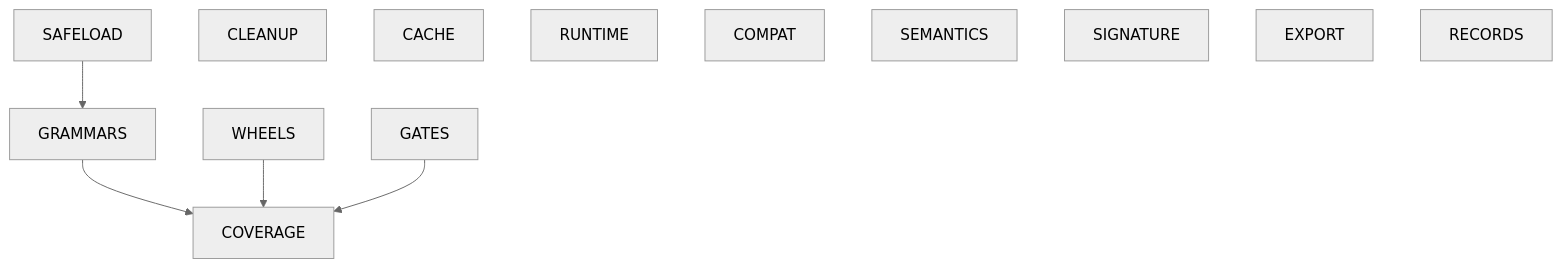
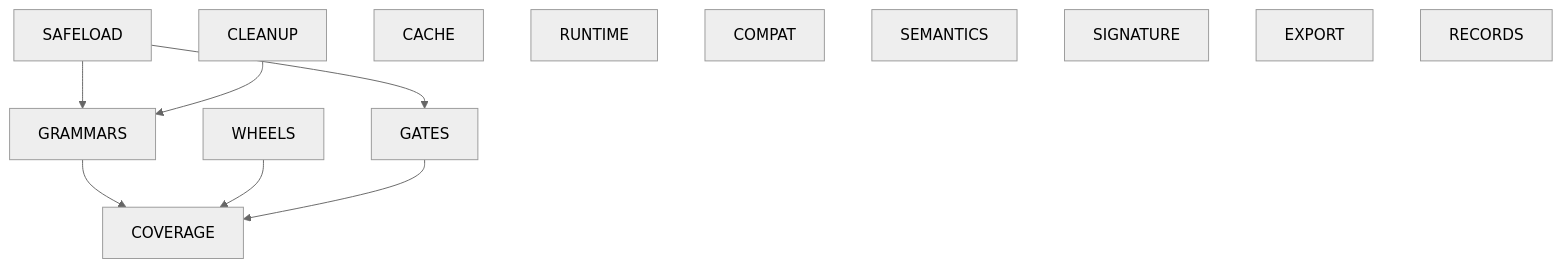
Before and after one commit to Consiliency/treesitter-chunker: the diagram in specs/phase-plans-v3.md, drawn with Mermaid (neutral theme). The commit also changed other lines of this file and 4 other files, not shown here.

````diff
--- a/specs/phase-plans-v3.md
+++ b/specs/phase-plans-v3.md
@@ -554,15 +559,16 @@
 ```mermaid
 graph TD
     SAFELOAD --> GRAMMARS
+    CLEANUP --> GRAMMARS
+    SAFELOAD --> GATES
     GRAMMARS --> COVERAGE
     WHEELS --> COVERAGE
     GATES --> COVERAGE
-    CLEANUP
     CACHE
     RUNTIME
     COMPAT
     SEMANTICS
     SIGNATURE
     EXPORT
     RECORDS
 ```
````
